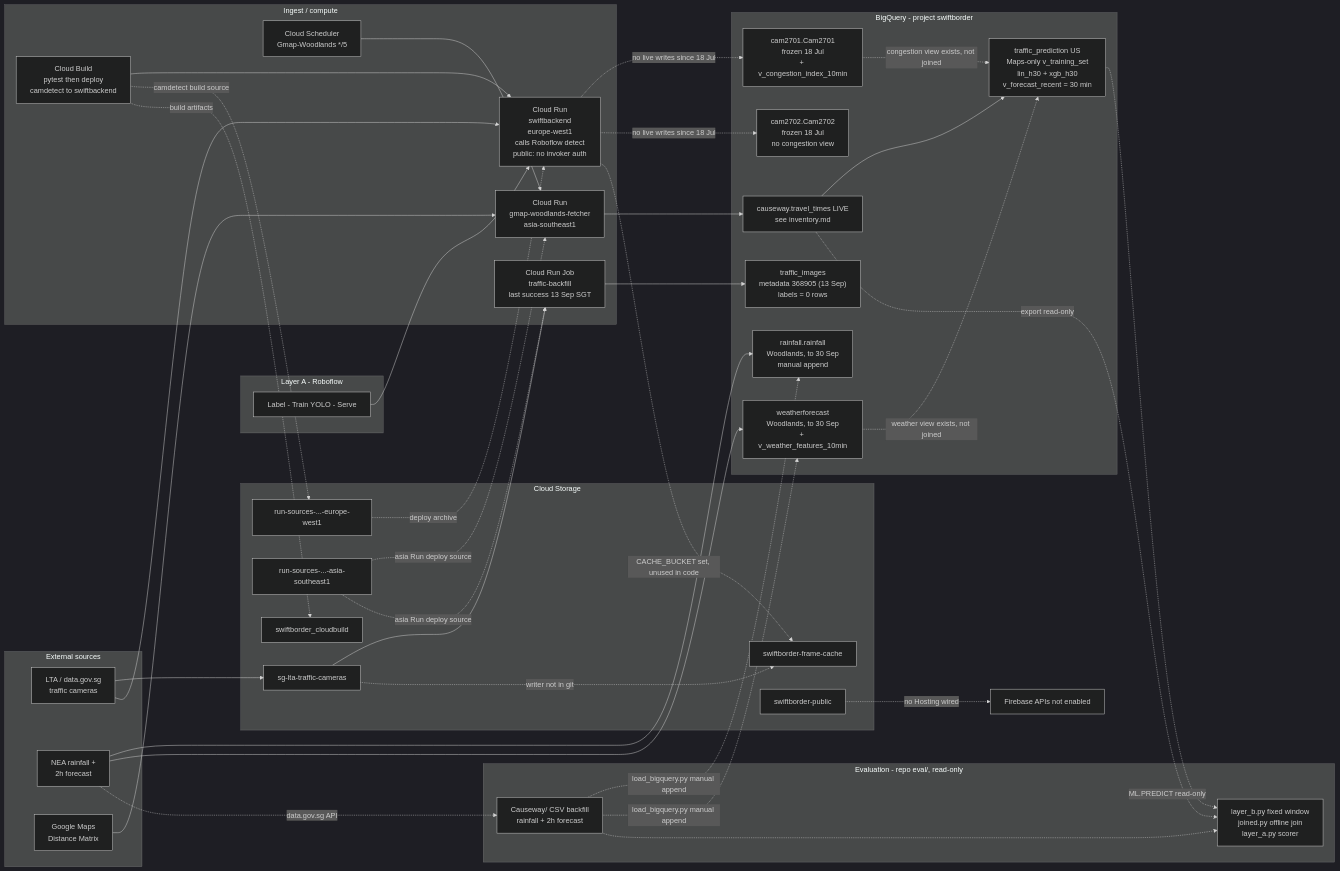
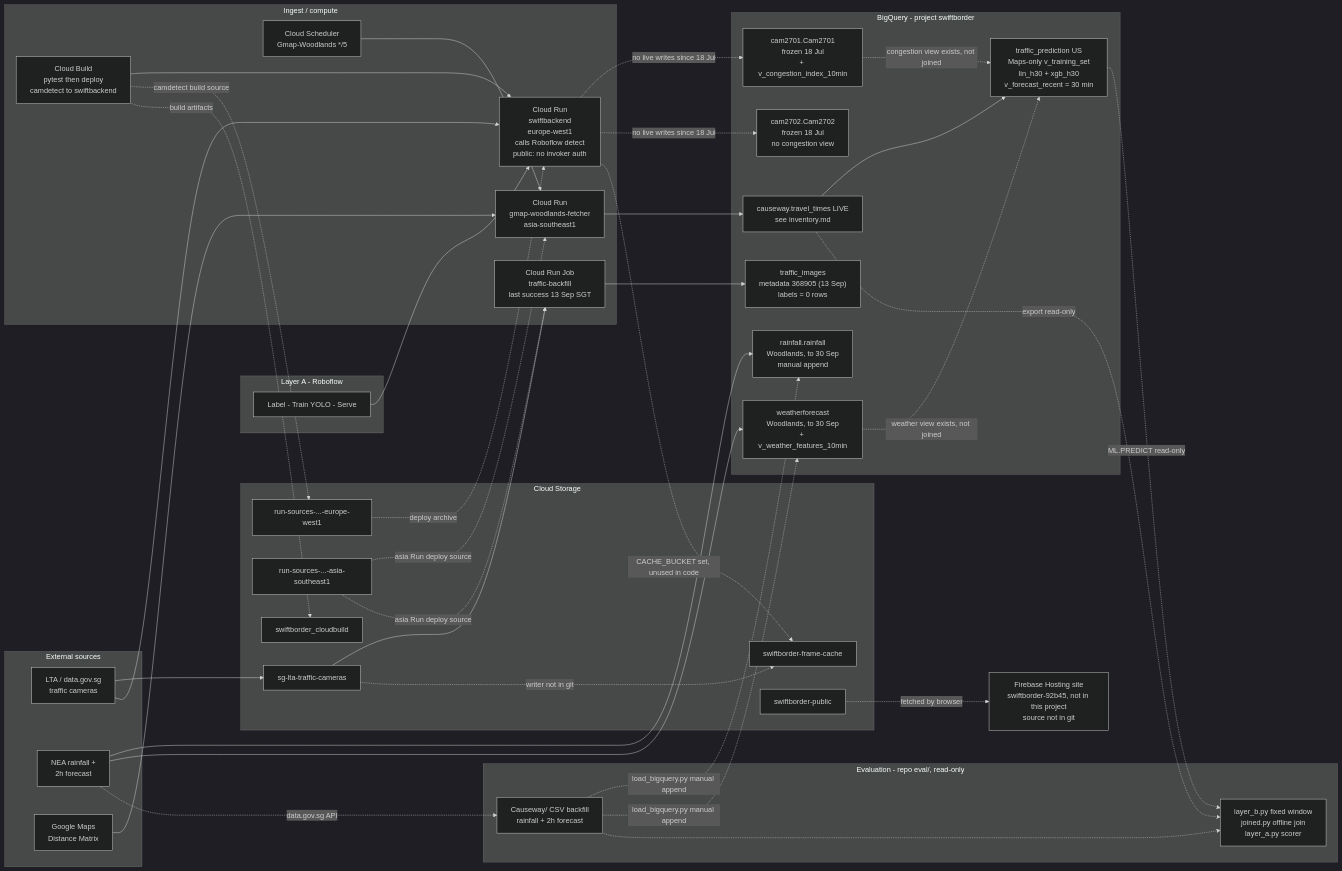
Before and after one commit to sozuken-max/swiftborder: the diagram in docs/diagrams/architecture-detailed.mmd, drawn with Mermaid (dark theme). The commit also changed 11 other files, not shown here.

```diff
--- a/docs/diagrams/architecture-detailed.mmd
+++ b/docs/diagrams/architecture-detailed.mmd
@@ -1,74 +1,74 @@
 flowchart LR
   subgraph Ext["External sources"]
     LTA["LTA / data.gov.sg<br/>traffic cameras"]
     NEA["NEA rainfall +<br/>2h forecast"]
     GMAP["Google Maps<br/>Distance Matrix"]
   end
 
   subgraph Ingest["Ingest / compute"]
     GH["Cloud Build<br/>pytest then deploy<br/>camdetect to swiftbackend"]
     SCH["Cloud Scheduler<br/>Gmap-Woodlands */5"]
     GFN["Cloud Run<br/>gmap-woodlands-fetcher<br/>asia-southeast1"]
     SB["Cloud Run<br/>swiftbackend<br/>europe-west1<br/>calls Roboflow detect<br/>public: no invoker auth"]
     BF["Cloud Run Job<br/>traffic-backfill<br/>last success 13 Sep SGT"]
   end
 
   subgraph RF["Layer A - Roboflow"]
     ROB["Label - Train YOLO - Serve"]
   end
 
   subgraph BQ["BigQuery - project swiftborder"]
     C1["cam2701.Cam2701<br/>frozen 18 Jul<br/>+ v_congestion_index_10min"]
     C2["cam2702.Cam2702<br/>frozen 18 Jul<br/>no congestion view"]
     TT["causeway.travel_times LIVE<br/>see inventory.md"]
     RF2["rainfall.rainfall<br/>Woodlands, to 30 Sep<br/>manual append"]
     WX["weatherforecast<br/>Woodlands, to 30 Sep<br/>+ v_weather_features_10min"]
     TI["traffic_images<br/>metadata 368905 (13 Sep)<br/>labels = 0 rows"]
     TP["traffic_prediction US<br/>Maps-only v_training_set<br/>lin_h30 + xgb_h30<br/>v_forecast_recent = 30 min"]
   end
 
   subgraph GCS["Cloud Storage"]
     CAM["sg-lta-traffic-cameras"]
     CACHE["swiftborder-frame-cache"]
     RS1["run-sources-...-asia-southeast1"]
     RS2["run-sources-...-europe-west1"]
     PUB["swiftborder-public"]
     CB["swiftborder_cloudbuild"]
   end
 
   LTA --> CAM
   LTA --> SB
   GH --> SB
   CAM --> BF
   BF --> TI
   ROB --> SB
   NEA --> RF2
   NEA --> WX
   SCH --> GFN
   GMAP --> GFN
   GFN --> TT
   TT --> TP
   C1 -.->|"congestion view exists, not joined"| TP
   WX -.->|"weather view exists, not joined"| TP
   SB -.->|"no live writes since 18 Jul"| C1
   SB -.->|"no live writes since 18 Jul"| C2
   CAM -.->|"writer not in git"| CACHE
   SB -.->|"CACHE_BUCKET set, unused in code"| CACHE
 
   GH -.->|"camdetect build source"| RS2
   RS2 -.->|"deploy archive"| SB
   GH -.->|"build artifacts"| CB
   RS1 -.->|"asia Run deploy source"| GFN
   RS1 -.->|"asia Run deploy source"| BF
-  PUB -.->|"no Hosting wired"| FH["Firebase APIs not enabled"]
+  PUB -.->|"fetched by browser"| FH["Firebase Hosting site<br/>swiftborder-92b45, not in this project<br/>source not in git"]
 
   subgraph EV["Evaluation - repo eval/, read-only"]
     HAR["layer_b.py fixed window<br/>joined.py offline join<br/>layer_a.py scorer"]
     CSV["Causeway/ CSV backfill<br/>rainfall + 2h forecast"]
   end
   NEA -.->|"data.gov.sg API"| CSV
   CSV -.->|"load_bigquery.py manual append"| RF2
   CSV -.->|"load_bigquery.py manual append"| WX
   CSV -.-> HAR
   TP -.->|"ML.PREDICT read-only"| HAR
   TT -.->|"export read-only"| HAR
```
